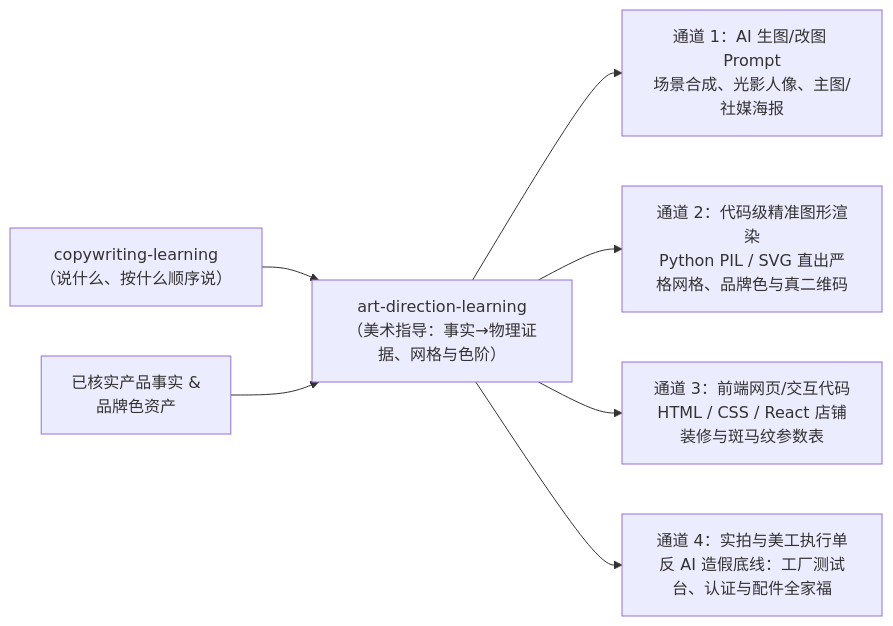
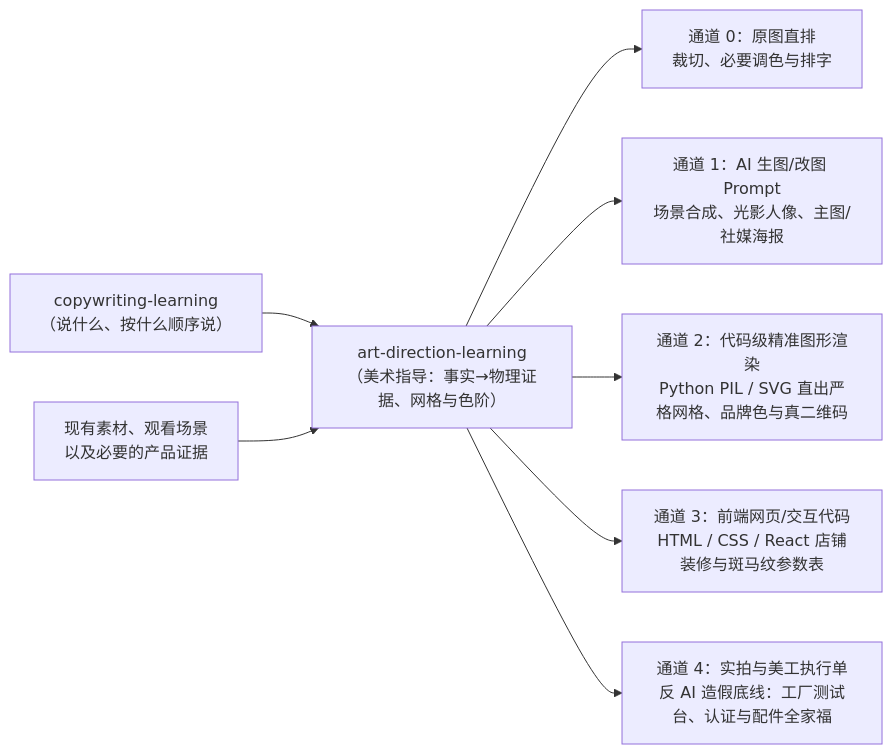
Before and after one commit to XavierCrea/art-direction-learning: the diagram in README.zh-CN.md, drawn with Mermaid. The commit also changed other lines of this file and 57 other files, not shown here.

````diff
--- a/README.zh-CN.md
+++ b/README.zh-CN.md
@@ -64,9 +64,10 @@
 ```mermaid
 flowchart LR
   A["copywriting-learning<br/>（说什么、按什么顺序说）"] --> C["art-direction-learning<br/>（美术指导：事实→物理证据、网格与色阶）"]
-  B["已核实产品事实 &<br/>品牌色资产"] --> C
+  B["现有素材、观看场景<br/>以及必要的产品证据"] --> C
+  C --> D0["通道 0：原图直排<br/>裁切、必要调色与排字"]
   C --> D1["通道 1：AI 生图/改图 Prompt<br/>场景合成、光影人像、主图/社媒海报"]
   C --> D2["通道 2：代码级精准图形渲染<br/>Python PIL / SVG 直出严格网格、品牌色与真二维码"]
   C --> D3["通道 3：前端网页/交互代码<br/>HTML / CSS / React 店铺装修与斑马纹参数表"]
   C --> D4["通道 4：实拍与美工执行单<br/>反 AI 造假底线：工厂测试台、认证与配件全家福"]
 ```
````
